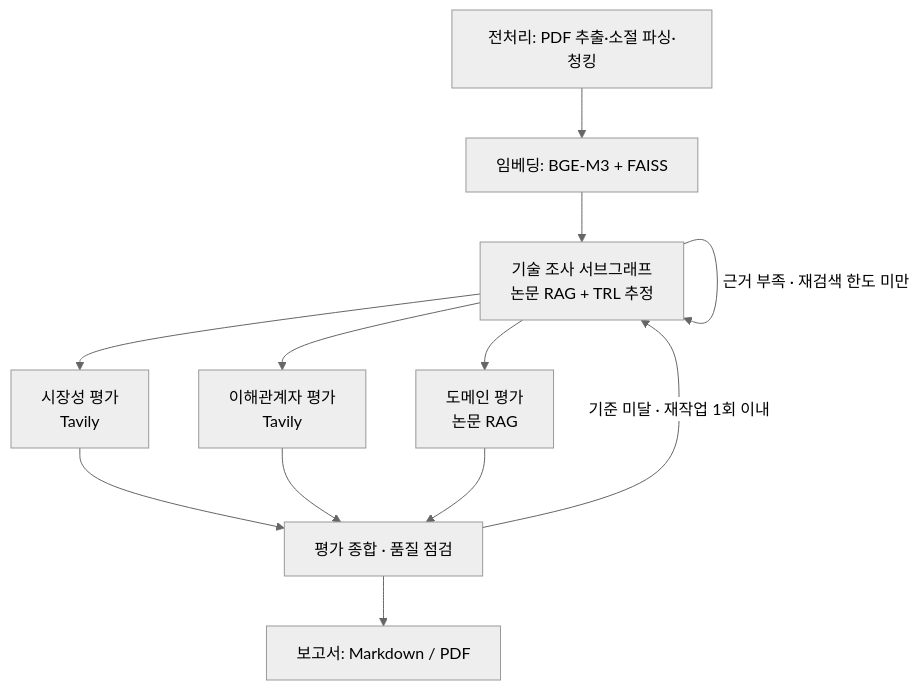
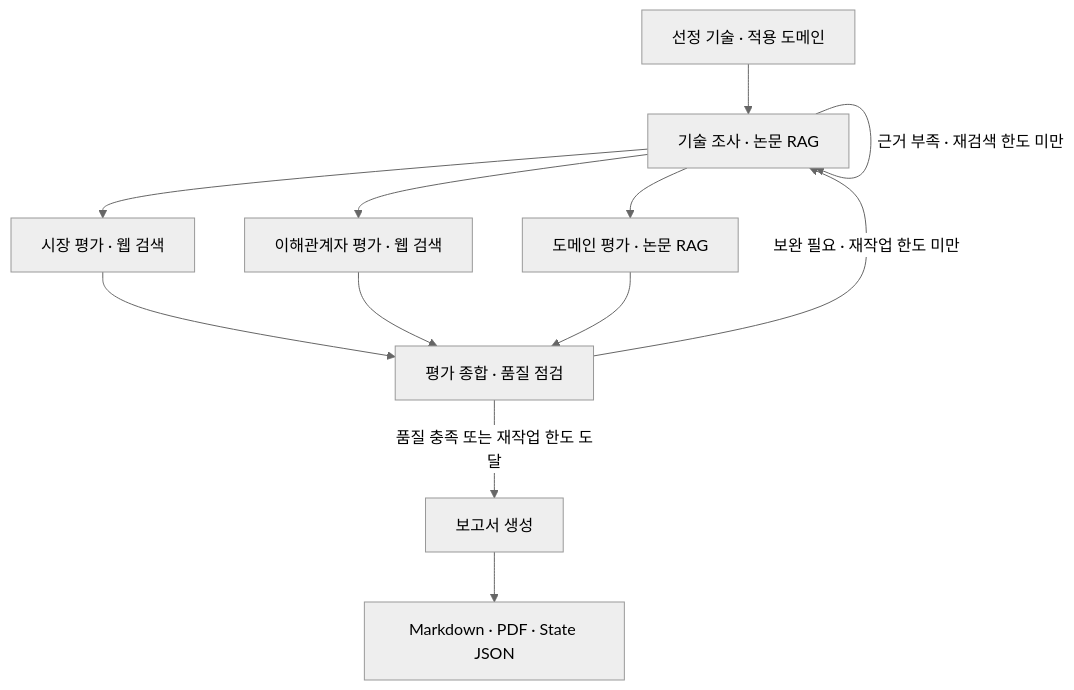
Before and after one commit to LeeJung-Heon/kv-cache-agentic-rag: the diagram in README.md, drawn with Mermaid (neutral theme). The commit also changed other lines of this file, not shown here.

````diff
--- a/README.md
+++ b/README.md
@@ -20,14 +83,14 @@
 ```mermaid
 flowchart TD
-    A[전처리: PDF 추출·소절 파싱·청킹] --> B[임베딩: BGE-M3 + FAISS]
-    B --> C[기술 조사 서브그래프<br/>논문 RAG + TRL 추정]
-    C -->|근거 부족 · 재검색 한도 미만| C
-    C --> D[시장성 평가<br/>Tavily]
-    C --> E[이해관계자 평가<br/>Tavily]
-    C --> F[도메인 평가<br/>논문 RAG]
-    D --> G[평가 종합 · 품질 점검]
-    E --> G
-    F --> G
-    G -->|기준 미달 · 재작업 1회 이내| C
-    G --> H[보고서: Markdown / PDF]
+    Input["선정 기술 · 적용 도메인"] --> Technical["기술 조사 · 논문 RAG"]
+    Technical -->|"근거 부족 · 재검색 한도 미만"| Technical
+    Technical --> Market["시장 평가 · 웹 검색"]
+    Technical --> Stakeholder["이해관계자 평가 · 웹 검색"]
+    Technical --> Domain["도메인 평가 · 논문 RAG"]
+    Market --> Synthesis["평가 종합 · 품질 점검"]
+    Stakeholder --> Synthesis
+    Domain --> Synthesis
+    Synthesis -->|"보완 필요 · 재작업 한도 미만"| Technical
+    Synthesis -->|"품질 충족 또는 재작업 한도 도달"| Report["보고서 생성"]
+    Report --> Output["Markdown · PDF · State JSON"]
 ```
````
